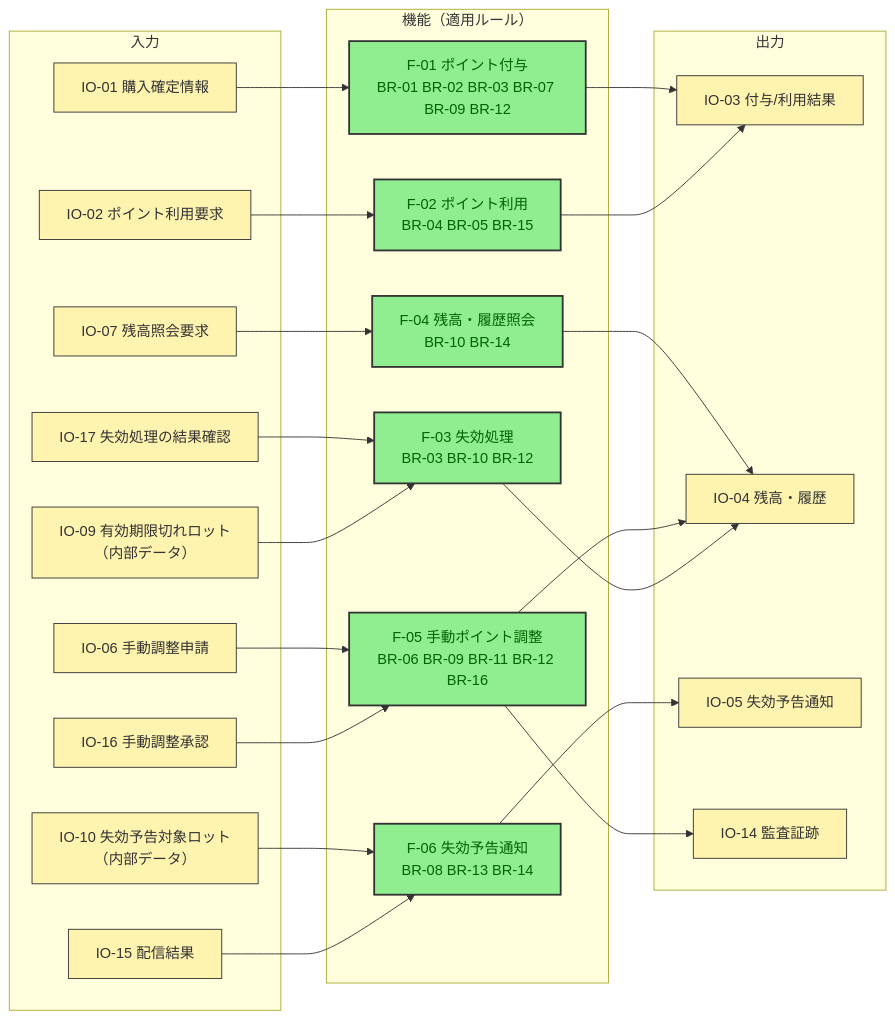
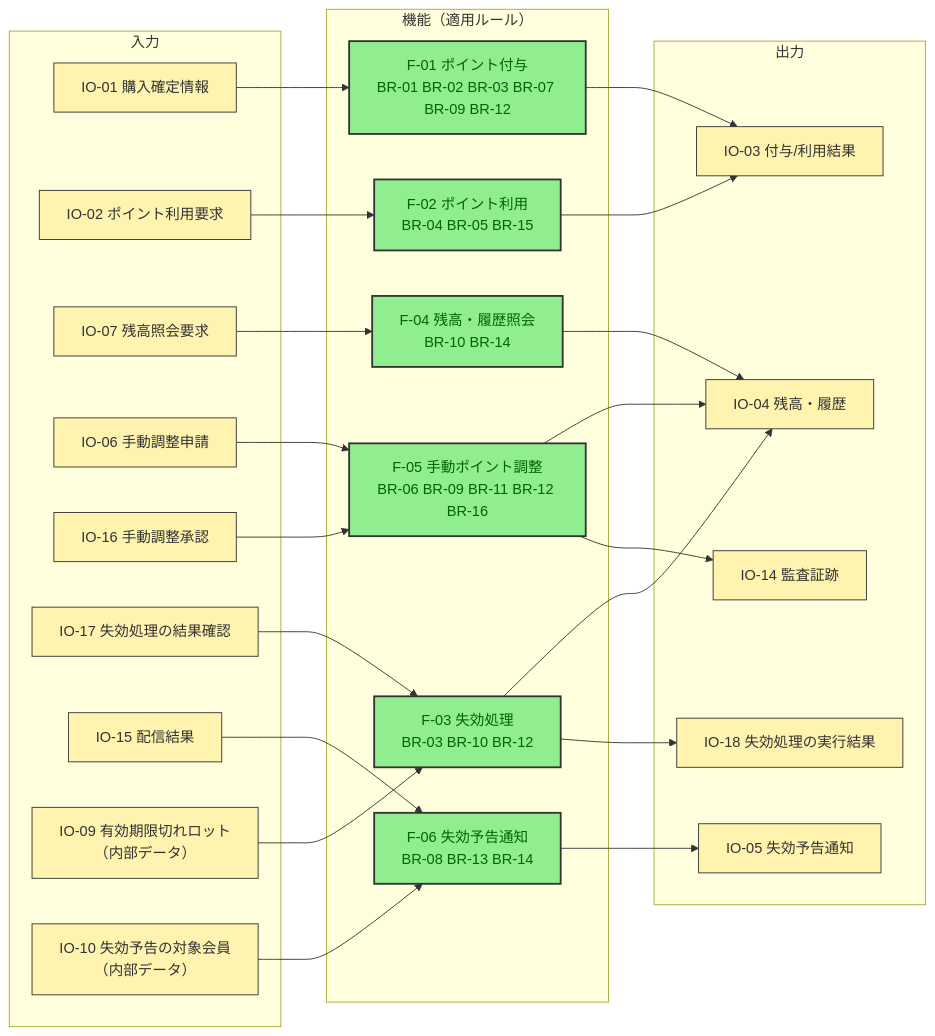
Before and after one commit to kasiopeiya/claude-dev-template: the ninth of 15 diagrams in samples/docs/requirements.md, drawn with Mermaid. The commit also changed other lines of this file, not shown here.

````diff
--- a/samples/docs/requirements.md
+++ b/samples/docs/requirements.md
@@ -785,46 +827,48 @@
 ```mermaid
 flowchart LR
     subgraph IN["入力"]
         io1["IO-01 購入確定情報"]
         io2["IO-02 ポイント利用要求"]
         io7["IO-07 残高照会要求"]
         io6["IO-06 手動調整申請"]
         io16["IO-16 手動調整承認"]
         io17["IO-17 失効処理の結果確認"]
         io15["IO-15 配信結果"]
         d1["IO-09 有効期限切れロット<br/>（内部データ）"]
-        d2["IO-10 失効予告対象ロット<br/>（内部データ）"]
+        d2["IO-10 失効予告の対象会員<br/>（内部データ）"]
     end
 
     subgraph FUNC["機能（適用ルール）"]
         f1["F-01 ポイント付与<br/>BR-01 BR-02 BR-03 BR-07 BR-09 BR-12"]
         f2["F-02 ポイント利用<br/>BR-04 BR-05 BR-15"]
         f4["F-04 残高・履歴照会<br/>BR-10 BR-14"]
         f5["F-05 手動ポイント調整<br/>BR-06 BR-09 BR-11 BR-12 BR-16"]
         f3["F-03 失効処理<br/>BR-03 BR-10 BR-12"]
         f6["F-06 失効予告通知<br/>BR-08 BR-13 BR-14"]
     end
 
     subgraph OUT["出力"]
         io3["IO-03 付与/利用結果"]
         io4["IO-04 残高・履歴"]
         io5["IO-05 失効予告通知"]
         io14["IO-14 監査証跡"]
+        io18["IO-18 失効処理の実行結果"]
     end
 
     io1 --> f1 --> io3
     io2 --> f2 --> io3
     io7 --> f4 --> io4
     io6 --> f5 --> io4
     io16 --> f5
     io17 --> f3
     f5 --> io14
     d1 --> f3 --> io4
+    f3 --> io18
     d2 --> f6 --> io5
     io15 --> f6
 
     classDef io fill:#FFF3B0,stroke:#333,stroke-width:1px,color:#333
     classDef func fill:#90EE90,stroke:#333,stroke-width:2px,color:darkgreen
-    class io1,io2,io6,io7,io15,io16,io17,d1,d2,io3,io4,io5,io14 io
+    class io1,io2,io6,io7,io15,io16,io17,d1,d2,io3,io4,io5,io14,io18 io
     class f1,f2,f3,f4,f5,f6 func
 ```
````
